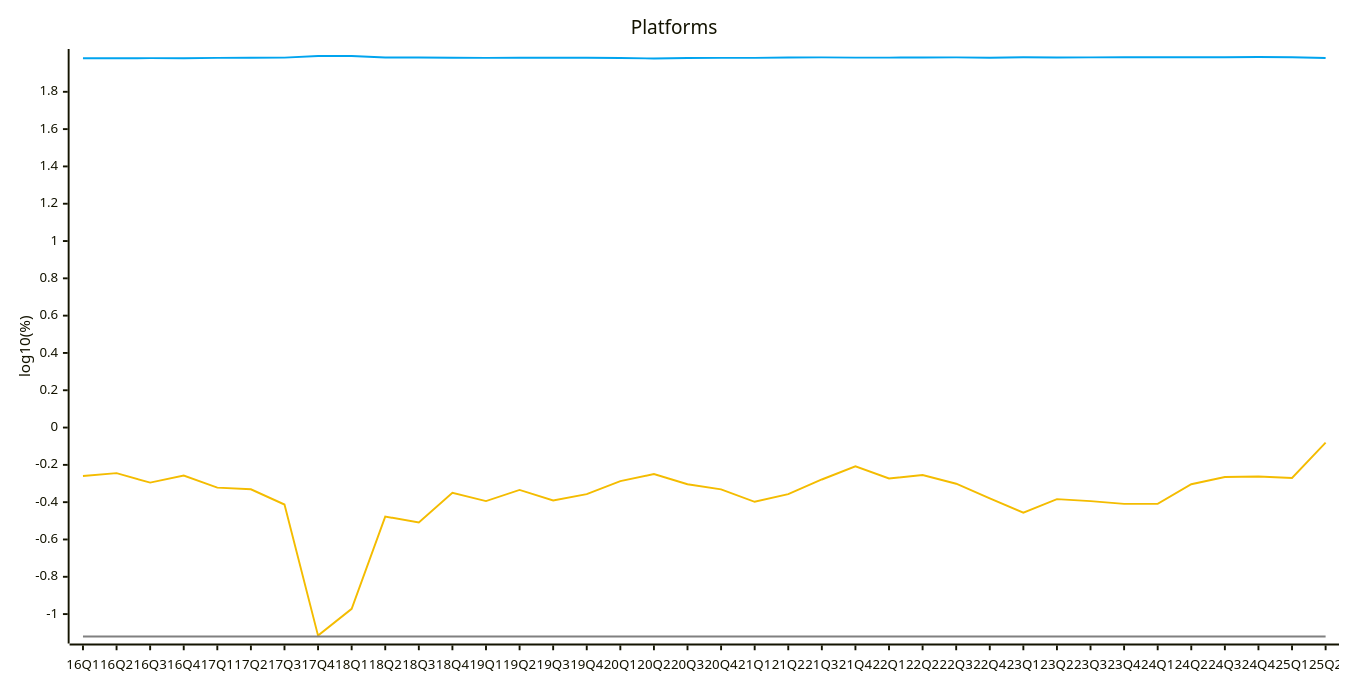
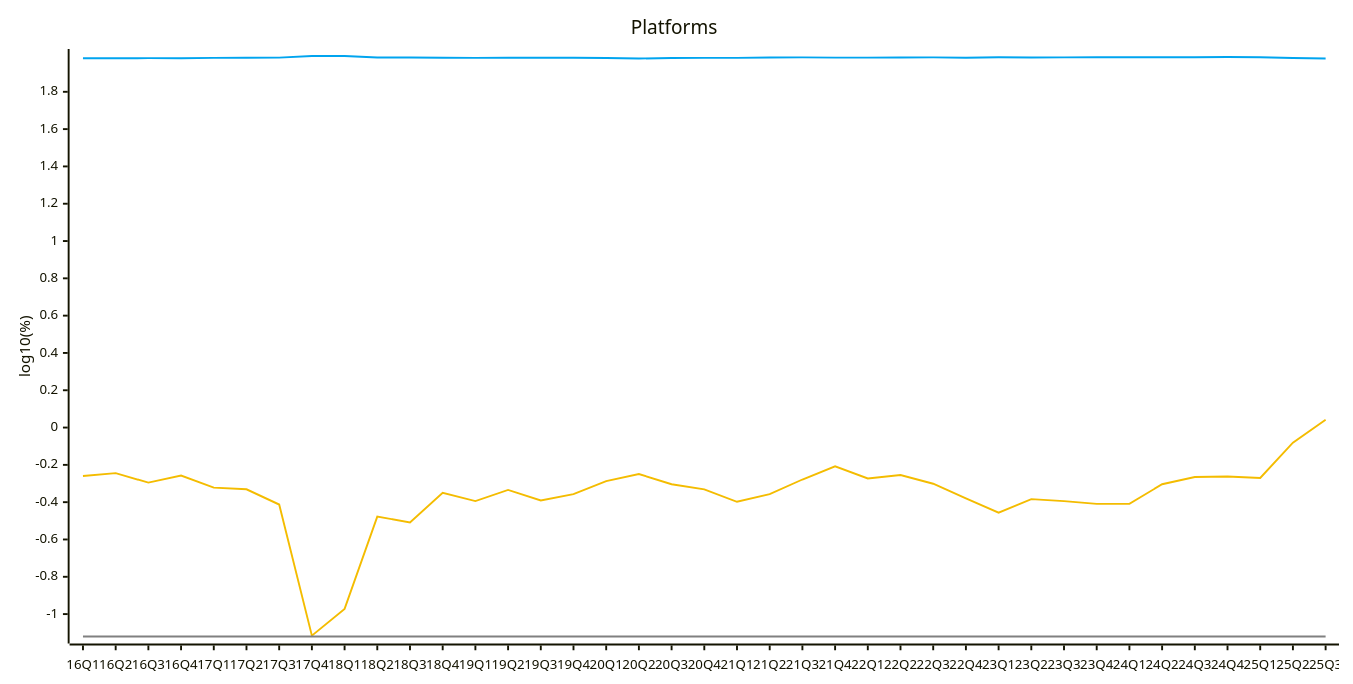
Before and after one commit to jdegene/steamHWsurvey: the tenth of 22 diagrams in README.md, drawn with Mermaid. The commit also changed other lines of this file and 4 other files, not shown here.

````diff
--- a/README.md
+++ b/README.md
@@ -325,22 +325,22 @@
 ```mermaid
 ---
 config:
     xyChart:
         width: 1400
         height: 700
         
     themeVariables:
         xyChart:
             plotColorPalette: "#00A4EF,#F4BC00,#FFFFFF,#808080"
 
 --- 
 
 xychart-beta
     title "Platforms"
-    x-axis [16Q1, 16Q2, 16Q3, 16Q4, 17Q1, 17Q2, 17Q3, 17Q4, 18Q1, 18Q2, 18Q3, 18Q4, 19Q1, 19Q2, 19Q3, 19Q4, 20Q1, 20Q2, 20Q3, 20Q4, 21Q1, 21Q2, 21Q3, 21Q4, 22Q1, 22Q2, 22Q3, 22Q4, 23Q1, 23Q2, 23Q3, 23Q4, 24Q1, 24Q2, 24Q3, 24Q4, 25Q1, 25Q2]
+    x-axis [16Q1, 16Q2, 16Q3, 16Q4, 17Q1, 17Q2, 17Q3, 17Q4, 18Q1, 18Q2, 18Q3, 18Q4, 19Q1, 19Q2, 19Q3, 19Q4, 20Q1, 20Q2, 20Q3, 20Q4, 21Q1, 21Q2, 21Q3, 21Q4, 22Q1, 22Q2, 22Q3, 22Q4, 23Q1, 23Q2, 23Q3, 23Q4, 24Q1, 24Q2, 24Q3, 24Q4, 25Q1, 25Q2, 25Q3]
     y-axis "log10(%)" 
-    line [1.9802155404383917, 1.979624240628282, 1.980351879987696, 1.9800185299398638, 1.9816827273712854, 1.982572721758308, 1.9832803974968953, 1.9917722931389528, 1.9918165509457988, 1.9836713828601966, 1.9841370981421773, 1.9823164696920652, 1.9818337023022028, 1.98260285912218, 1.982663127576607, 1.9824973691977124, 1.980987565897523, 1.9784544333652285, 1.9808968105721918, 1.9818789845490319, 1.9820148029679552, 1.9836563514685916, 1.9843472575858638, 1.9830095089762874, 1.983475934177939, 1.9839418589838882, 1.984332249569209, 1.982843882774237, 1.985067033150501, 1.9837315032246328, 1.9845123115481849, 1.9854863519931893, 1.9850220821095352, 1.9854264740830017, 1.985126960635335, 1.9866075369314276, 1.9853516150839534, 1.9808665545820792]
-    line [-0.2596373105057561, -0.24412514432750856, -0.2952776667748899, -0.25701316667960733, -0.3217852172546007, -0.33099321904142437, -0.412663265492744, -1.1153934187020695, -0.9719712763997564, -0.4771212547196624, -0.5086383061657274, -0.35001645635485484, -0.3943358844032124, -0.3341064544655673, -0.39076142404491426, -0.3565473235138126, -0.286789556549371, -0.24923455010598888, -0.30393498630738836, -0.33099321904142437, -0.3979400086720376, -0.3565473235138126, -0.27846416776523975, -0.20760831050174613, -0.27300127206373764, -0.2544047835720792, -0.3010299956639812, -0.38021124171160603, -0.4559319556497244, -0.38369956955742734, -0.3943358844032124, -0.40893539297350084, -0.40893539297350084, -0.30393498630738836, -0.26493365031570454, -0.26227740667196464, -0.2702953786878128, -0.08092190762392612]
-    line [0.5198279937757186, 0.5344491888776157, 0.49369035615285534, 0.5100979751883424, 0.46834733041215726, 0.4398587926007197, 0.43136376415898736, 0.08990511143939793, 0.1072099696478683, 0.44247976906444864, 0.41329976408125185, 0.46139847045682947, 0.4790471757557008, 0.45229767099463025, 0.43880595697745334, 0.44352374668712513, 0.4823971222533358, 0.5542872095319618, 0.48287358360875376, 0.4732435996564607, 0.4727564493172124, 0.41608549834018554, 0.359835482339888, 0.35410843914740087, 0.3424226808222063, 0.2952004520032574, 0.24551266781414982, 0.27184160653649897, 0.20682587603184968, 0.17993459813744145, -0.00877392430750515, -0.09691001300805639, -0.13469857389745624, -0.13469857389745624, -0.10605339244792618, -0.07058107428570734, -0.06550154875643234, 0.06818586174616162]
-    line [-1.12, -1.12, -1.12, -1.12, -1.12, -1.12, -1.12, -1.12, -1.12, -1.12, -1.12, -1.12, -1.12, -1.12, -1.12, -1.12, -1.12, -1.12, -1.12, -1.12, -1.12, -1.12, -1.12, -1.12, -1.12, -1.12, -1.12, -1.12, -1.12, -1.12, -1.12, -1.12, -1.12, -1.12, -1.12, -1.12, -1.12, -1.12]
+    line [1.9802155404383917, 1.979624240628282, 1.980351879987696, 1.9800185299398638, 1.9816827273712854, 1.982572721758308, 1.9832803974968953, 1.9917722931389528, 1.9918165509457988, 1.9836713828601966, 1.9841370981421773, 1.9823164696920652, 1.9818337023022028, 1.98260285912218, 1.982663127576607, 1.9824973691977124, 1.980987565897523, 1.9784544333652285, 1.9808968105721918, 1.9818789845490319, 1.9820148029679552, 1.9836563514685916, 1.9843472575858638, 1.9830095089762874, 1.983475934177939, 1.9839418589838882, 1.984332249569209, 1.982843882774237, 1.985067033150501, 1.9837315032246328, 1.9845123115481849, 1.9854863519931893, 1.9850220821095352, 1.9854264740830017, 1.985126960635335, 1.9866075369314276, 1.9853516150839534, 1.9808665545820792, 1.9785457004627387]
+    line [-0.2596373105057561, -0.24412514432750856, -0.2952776667748899, -0.25701316667960733, -0.3217852172546007, -0.33099321904142437, -0.412663265492744, -1.1153934187020695, -0.9719712763997564, -0.4771212547196624, -0.5086383061657274, -0.35001645635485484, -0.3943358844032124, -0.3341064544655673, -0.39076142404491426, -0.3565473235138126, -0.286789556549371, -0.24923455010598888, -0.30393498630738836, -0.33099321904142437, -0.3979400086720376, -0.3565473235138126, -0.27846416776523975, -0.20760831050174613, -0.27300127206373764, -0.2544047835720792, -0.3010299956639812, -0.38021124171160603, -0.4559319556497244, -0.38369956955742734, -0.3943358844032124, -0.4089353929735008, -0.40893539297350084, -0.30393498630738836, -0.26493365031570454, -0.26227740667196464, -0.2702953786878128, -0.08092190762392612, 0.04139268515822499]
+    line [0.5198279937757186, 0.5344491888776157, 0.49369035615285534, 0.5100979751883424, 0.46834733041215726, 0.4398587926007197, 0.43136376415898736, 0.08990511143939793, 0.1072099696478683, 0.44247976906444864, 0.41329976408125185, 0.46139847045682947, 0.4790471757557008, 0.4522976709946303, 0.43880595697745334, 0.44352374668712513, 0.4823971222533358, 0.5542872095319618, 0.48287358360875376, 0.4732435996564607, 0.4727564493172124, 0.41608549834018554, 0.359835482339888, 0.35410843914740087, 0.3424226808222063, 0.2952004520032574, 0.24551266781414982, 0.27184160653649897, 0.20682587603184968, 0.17993459813744145, -0.00877392430750515, -0.09691001300805639, -0.13469857389745624, -0.13469857389745624, -0.10605339244792618, -0.07058107428570734, -0.06550154875643234, 0.06818586174616162, 0.07554696139253074]
+    line [-1.12, -1.12, -1.12, -1.12, -1.12, -1.12, -1.12, -1.12, -1.12, -1.12, -1.12, -1.12, -1.12, -1.12, -1.12, -1.12, -1.12, -1.12, -1.12, -1.12, -1.12, -1.12, -1.12, -1.12, -1.12, -1.12, -1.12, -1.12, -1.12, -1.12, -1.12, -1.12, -1.12, -1.12, -1.12, -1.12, -1.12, -1.12, -1.12]
 ``` 
````
